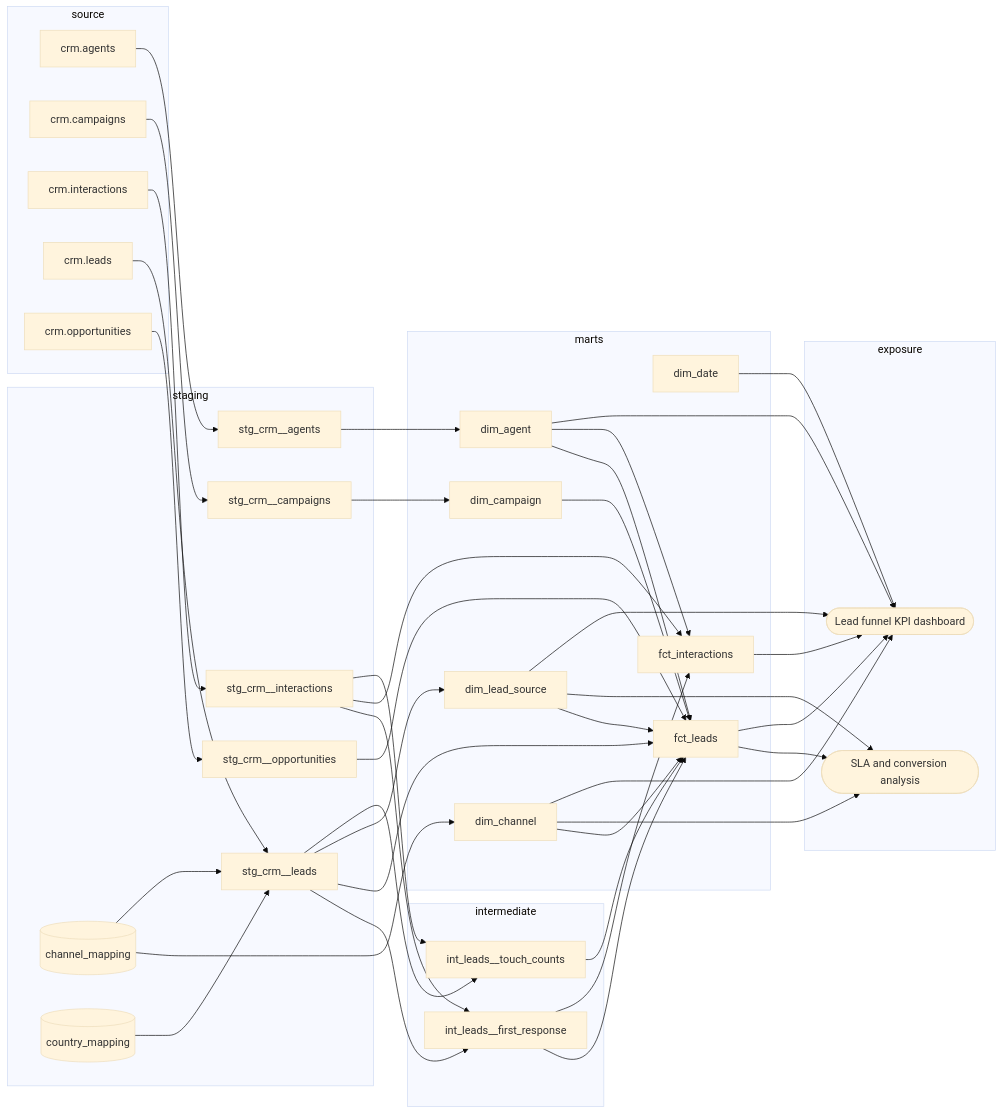
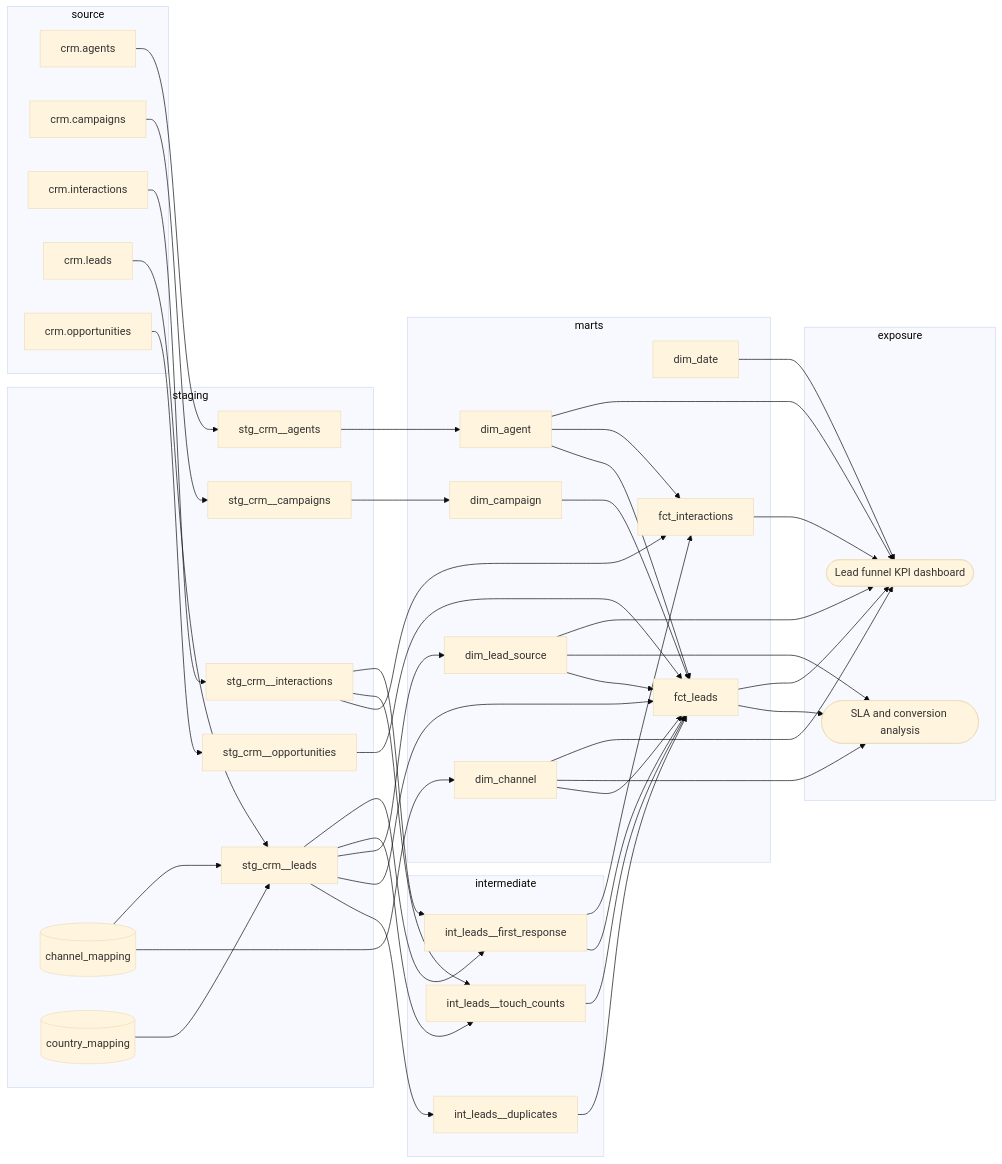
The diagram in docs/lineage.md (Andrielly-hsc/lead-funnel-analytics), drawn with Mermaid (base theme) before and after one commit. The commit also changed 21 other files, not shown here.

````diff
--- a/docs/lineage.md
+++ b/docs/lineage.md
@@ -6,71 +6,74 @@
 ```mermaid
 flowchart LR
     subgraph source
-        n18["crm.agents"]
-        n19["crm.campaigns"]
-        n20["crm.interactions"]
-        n21["crm.leads"]
-        n22["crm.opportunities"]
+        n19["crm.agents"]
+        n20["crm.campaigns"]
+        n21["crm.interactions"]
+        n22["crm.leads"]
+        n23["crm.opportunities"]
     end
     subgraph staging
-        n11["stg_crm__agents"]
-        n12["stg_crm__campaigns"]
-        n13["stg_crm__interactions"]
-        n14["stg_crm__leads"]
-        n15["stg_crm__opportunities"]
-        n16[("channel_mapping")]
-        n17[("country_mapping")]
+        n12["stg_crm__agents"]
+        n13["stg_crm__campaigns"]
+        n14["stg_crm__interactions"]
+        n15["stg_crm__leads"]
+        n16["stg_crm__opportunities"]
+        n17[("channel_mapping")]
+        n18[("country_mapping")]
     end
     subgraph intermediate
-        n9["int_leads__first_response"]
-        n10["int_leads__touch_counts"]
+        n9["int_leads__duplicates"]
+        n10["int_leads__first_response"]
+        n11["int_leads__touch_counts"]
     end
     subgraph marts
         n2["dim_agent"]
         n3["dim_campaign"]
         n4["dim_channel"]
         n5["dim_date"]
         n6["dim_lead_source"]
         n7["fct_interactions"]
         n8["fct_leads"]
     end
     subgraph exposure
         n0(["Lead funnel KPI dashboard"])
         n1(["SLA and conversion analysis"])
     end
+    n10 --> n7
     n10 --> n8
-    n11 --> n2
-    n12 --> n3
-    n13 --> n10
-    n13 --> n7
-    n13 --> n9
+    n11 --> n8
+    n12 --> n2
+    n13 --> n3
     n14 --> n10
-    n14 --> n6
-    n14 --> n8
-    n14 --> n9
+    n14 --> n11
+    n14 --> n7
+    n15 --> n10
+    n15 --> n11
+    n15 --> n6
     n15 --> n8
-    n16 --> n14
-    n16 --> n4
-    n17 --> n14
-    n18 --> n11
+    n15 --> n9
+    n16 --> n8
+    n17 --> n15
+    n17 --> n4
+    n18 --> n15
     n19 --> n12
     n2 --> n0
     n2 --> n7
     n2 --> n8
     n20 --> n13
     n21 --> n14
     n22 --> n15
+    n23 --> n16
     n3 --> n8
     n4 --> n0
     n4 --> n1
     n4 --> n8
     n5 --> n0
     n6 --> n0
     n6 --> n1
     n6 --> n8
     n7 --> n0
     n8 --> n0
     n8 --> n1
-    n9 --> n7
     n9 --> n8
 ```
````
